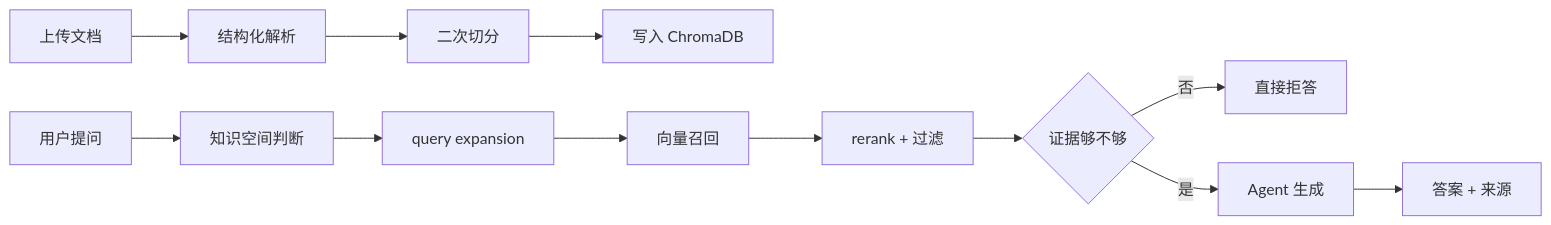
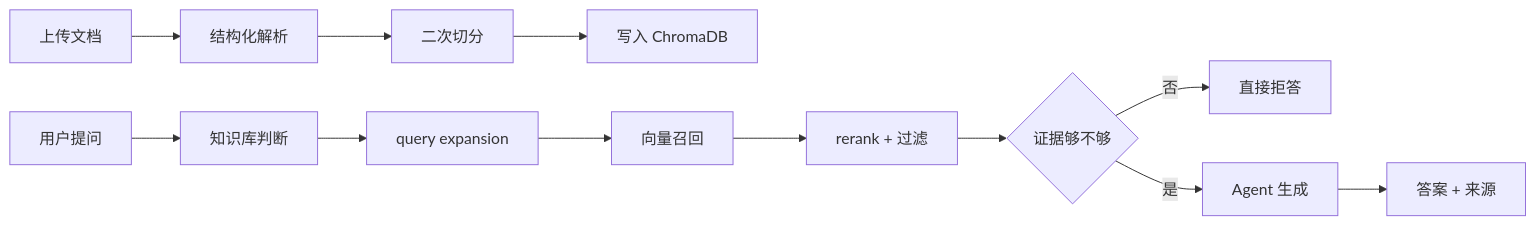
Before and after one commit to emotion-exit/rag-agent: the third of 5 diagrams in docs/项目功能解析与实践总结.md, drawn with Mermaid. The commit also changed other lines of this file and 22 other files, not shown here.

````diff
--- a/docs/项目功能解析与实践总结.md
+++ b/docs/项目功能解析与实践总结.md
@@ -74,14 +74,14 @@
 ```mermaid
 flowchart LR
 	A[上传文档] --> B[结构化解析]
 	B --> C[二次切分]
 	C --> D[写入 ChromaDB]
-	E[用户提问] --> F[知识空间判断]
+	E[用户提问] --> F[知识库判断]
 	F --> G[query expansion]
 	G --> H[向量召回]
 	H --> I[rerank + 过滤]
 	I --> J{证据够不够}
 	J -->|否| K[直接拒答]
 	J -->|是| L[Agent 生成]
 	L --> M[答案 + 来源]
 ```
````
